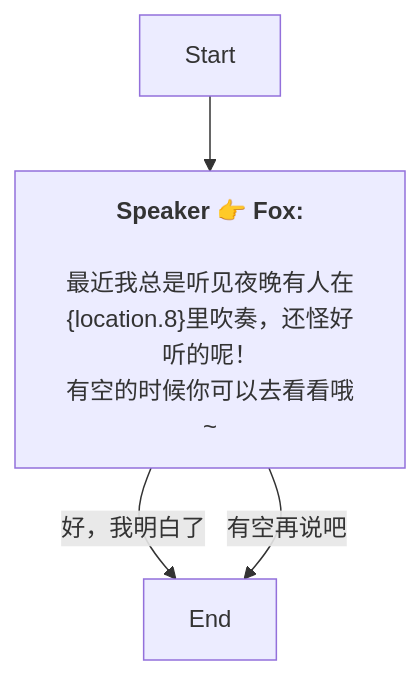
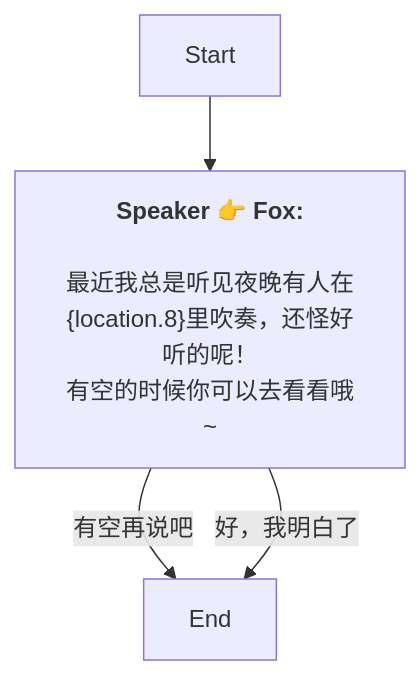
The diagram in Zh/QuestStartTalkENode_1752682175385345.md (SoftHu/tos_avg), drawn with Mermaid before and after one commit. The commit also changed other lines of this file and 780 other files, not shown here.

````diff
--- a/Zh/QuestStartTalkENode_1752682175385345.md
+++ b/Zh/QuestStartTalkENode_1752682175385345.md
@@ -1,9 +1,9 @@
 ```mermaid
 graph
 Start -->1752682875416325[<b>Speaker 👉 Fox:</b>
 \n最近我总是听见夜晚有人在&lbrace;location.8&rbrace;里吹奏，还怪好听的呢！
 有空的时候你可以去看看哦~]
+1752682875416325 -->|有空再说吧|1752683556918027[End]
 1752682875416325 -->|好，我明白了|1752683556918027[End]
-1752682875416325 -->|有空再说吧|1752683556918027[End]
 
 ```
````
